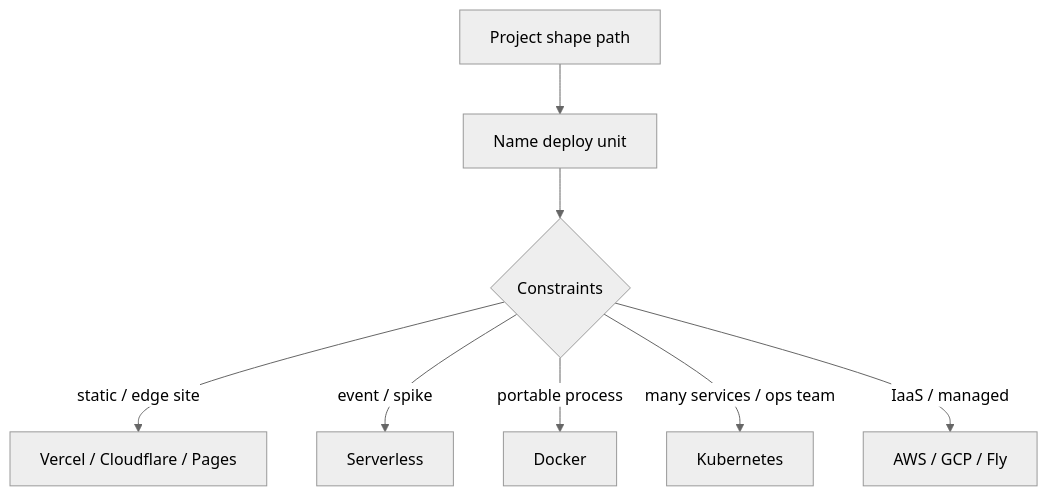
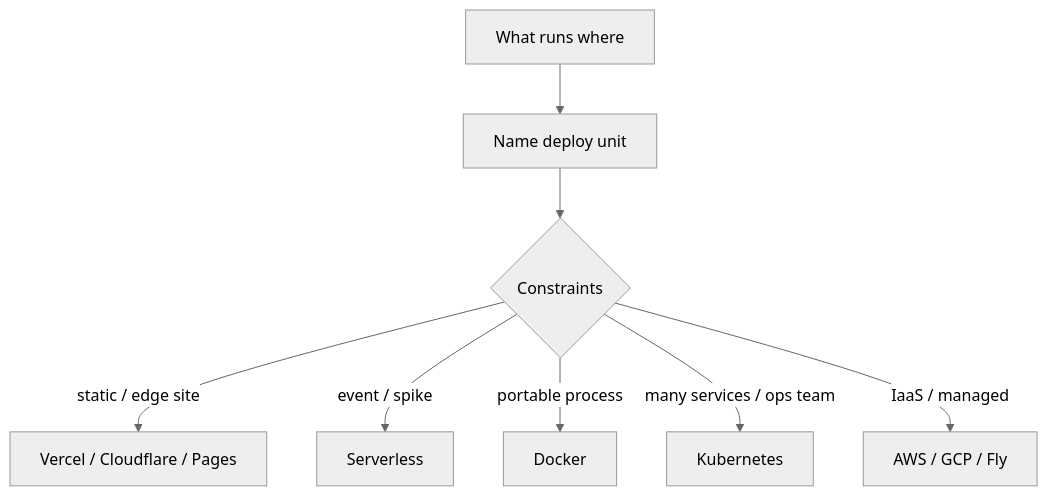
One commit to DecisionNerd/dev-skills changed the diagram in handbook/paths/compute/index.md. Above: the diagram before and after it, drawn with Mermaid (neutral theme). The commit also changed other lines of this file and 30 other files, not shown here.

````diff
--- a/handbook/paths/compute/index.md
+++ b/handbook/paths/compute/index.md
@@ -8,10 +7,10 @@
 ```mermaid
 flowchart TD
-  S[Project shape path] --> U[Name deploy unit]
+  P[What runs where] --> U[Name deploy unit]
   U --> C{Constraints}
   C -->|static / edge site| V[Vercel / Cloudflare / Pages]
   C -->|event / spike| L[Serverless]
   C -->|portable process| D[Docker]
   C -->|many services / ops team| K[Kubernetes]
   C -->|IaaS / managed| Cloud[AWS / GCP / Fly]
 ```
````
